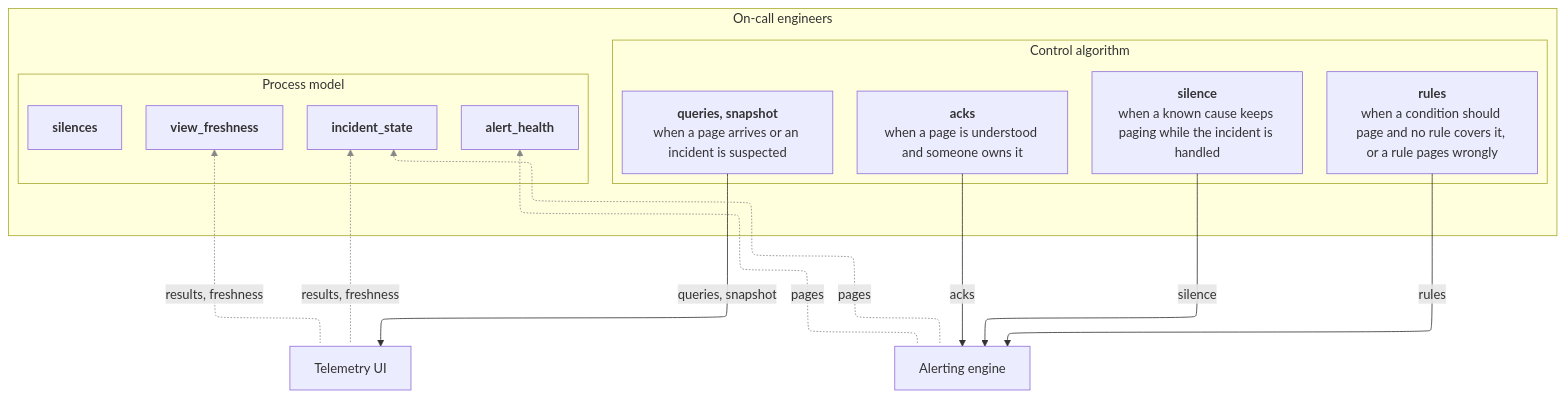
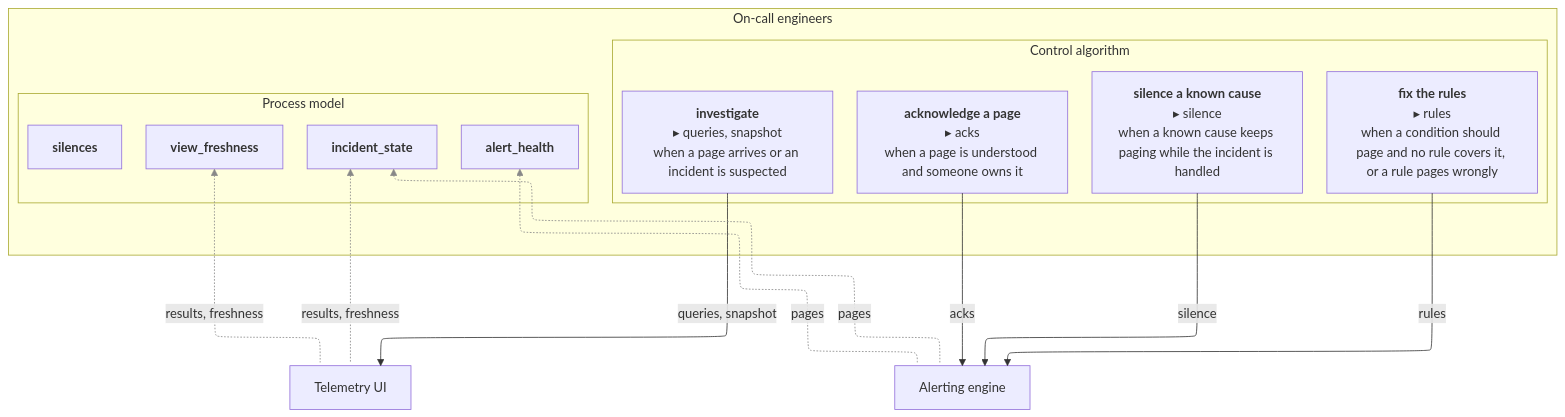
One commit to casselc/observability changed the diagram in otel-chdb/stpa/generated/controller-oncall.mmd. Above: the diagram before and after it, drawn with Mermaid. The commit also changed 60 other files, not shown here.

First line of the commit message:
otel-chdb/stpa: rule names head the detail diagrams; PRD widgets for every controller

```diff
--- a/otel-chdb/stpa/generated/controller-oncall.mmd
+++ b/otel-chdb/stpa/generated/controller-oncall.mmd
@@ -1,32 +1,32 @@
 ---
 config:
   layout: elk
 ---
 flowchart TB
   %% Generated by otel-chdb/stpa/tools from records/controller-c6c2a0.md and structure.yaml. Do not edit.
   subgraph C["On-call engineers"]
     subgraph CA["Control algorithm"]
-      r1["<b>queries, snapshot</b><br/>when a page arrives or an incident is suspected"]
-      r2["<b>acks</b><br/>when a page is understood and someone owns it"]
-      r3["<b>silence</b><br/>when a known cause keeps paging while the incident is handled"]
-      r4["<b>rules</b><br/>when a condition should page and no rule covers it, or a rule pages wrongly"]
+      r1["<b>investigate</b><br/>▸ queries, snapshot<br/>when a page arrives or an incident is suspected"]
+      r2["<b>acknowledge a page</b><br/>▸ acks<br/>when a page is understood and someone owns it"]
+      r3["<b>silence a known cause</b><br/>▸ silence<br/>when a known cause keeps paging while the incident is handled"]
+      r4["<b>fix the rules</b><br/>▸ rules<br/>when a condition should page and no rule covers it, or a rule pages wrongly"]
     end
     subgraph PM["Process model"]
       v1["<b>incident_state</b>"]
       v2["<b>view_freshness</b>"]
       v3["<b>alert_health</b>"]
       v4["<b>silences</b>"]
     end
   end
   n0e2f45["Telemetry UI"]
   r1 -->|queries, snapshot| n0e2f45
   v1 fb1@<-.->|results, freshness| n0e2f45
   v2 fb2@<-.->|results, freshness| n0e2f45
   nec2f3e["Alerting engine"]
   r2 -->|acks| nec2f3e
   r3 -->|silence| nec2f3e
   r4 -->|rules| nec2f3e
   v1 fb3@<-.->|pages| nec2f3e
   v3 fb4@<-.->|pages| nec2f3e
   classDef fb stroke:#888,marker-end:none
   class fb1,fb2,fb3,fb4 fb
```
